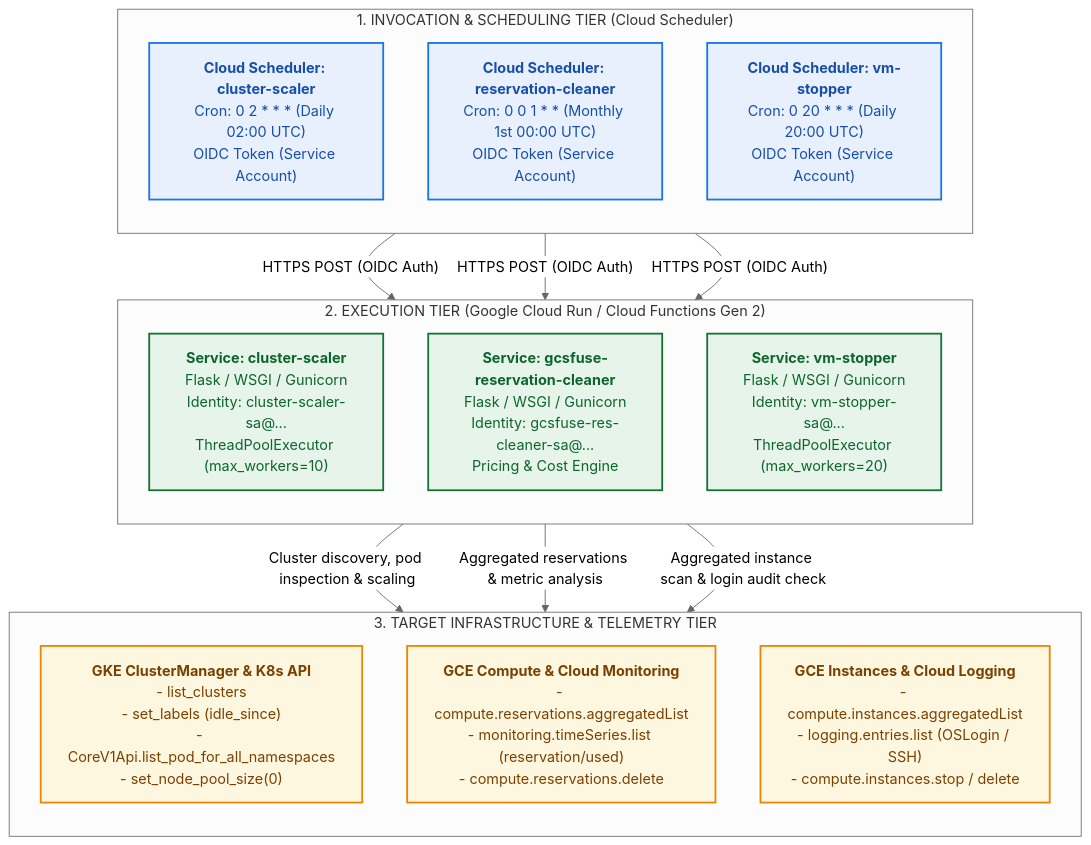
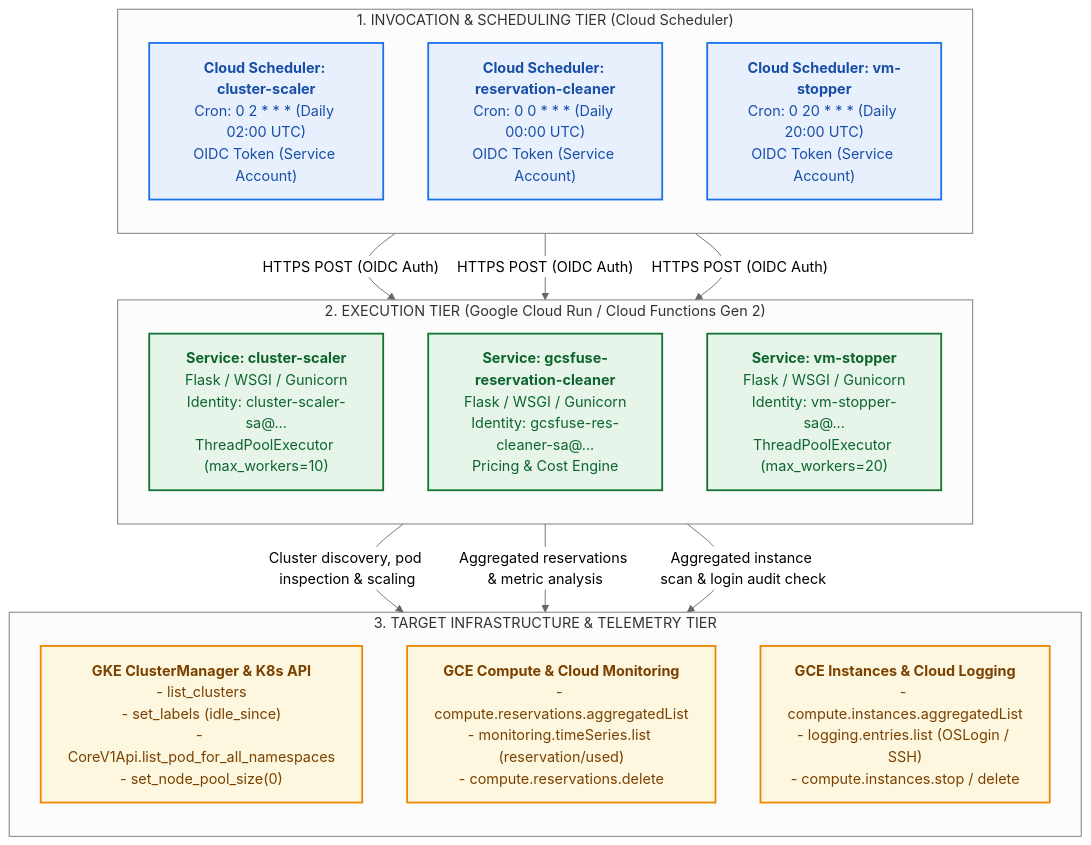
Before and after one commit to GoogleCloudPlatform/gcsfuse-tools: the first of 2 diagrams in cloud-run-services/README.md, drawn with Mermaid (neutral theme). The commit also changed other lines of this file and 8 other files, not shown here.

First line of the commit message:
feat(reservation-cleaner): update default cron schedule to run daily (#200)

````diff
--- a/cloud-run-services/README.md
+++ b/cloud-run-services/README.md
@@ -54,35 +54,35 @@
 ```mermaid
 flowchart TD
     subgraph INVOCATION ["1. INVOCATION & SCHEDULING TIER (Cloud Scheduler)"]
         direction TB
         SCHED_CS["<b>Cloud Scheduler: cluster-scaler</b><br/>Cron: 0 2 * * * (Daily 02:00 UTC)<br/>OIDC Token (Service Account)"]:::schedStyle
-        SCHED_RC["<b>Cloud Scheduler: reservation-cleaner</b><br/>Cron: 0 0 1 * * (Monthly 1st 00:00 UTC)<br/>OIDC Token (Service Account)"]:::schedStyle
+        SCHED_RC["<b>Cloud Scheduler: reservation-cleaner</b><br/>Cron: 0 0 * * * (Daily 00:00 UTC)<br/>OIDC Token (Service Account)"]:::schedStyle
         SCHED_VM["<b>Cloud Scheduler: vm-stopper</b><br/>Cron: 0 20 * * * (Daily 20:00 UTC)<br/>OIDC Token (Service Account)"]:::schedStyle
     end
 
     subgraph EXECUTION ["2. EXECUTION TIER (Google Cloud Run / Cloud Functions Gen 2)"]
         direction TB
         CR_CS["<b>Service: cluster-scaler</b><br/>Flask / WSGI / Gunicorn<br/>Identity: cluster-scaler-sa@...<br/>ThreadPoolExecutor (max_workers=10)"]:::execStyle
         CR_RC["<b>Service: gcsfuse-reservation-cleaner</b><br/>Flask / WSGI / Gunicorn<br/>Identity: gcsfuse-res-cleaner-sa@...<br/>Pricing & Cost Engine"]:::execStyle
         CR_VM["<b>Service: vm-stopper</b><br/>Flask / WSGI / Gunicorn<br/>Identity: vm-stopper-sa@...<br/>ThreadPoolExecutor (max_workers=20)"]:::execStyle
     end
 
     subgraph TARGETS ["3. TARGET INFRASTRUCTURE & TELEMETRY TIER"]
         direction TB
         GKE_API["<b>GKE ClusterManager & K8s API</b><br/>- list_clusters<br/>- set_labels (idle_since)<br/>- CoreV1Api.list_pod_for_all_namespaces<br/>- set_node_pool_size(0)"]:::targetStyle
         GCE_RES["<b>GCE Compute & Cloud Monitoring</b><br/>- compute.reservations.aggregatedList<br/>- monitoring.timeSeries.list (reservation/used)<br/>- compute.reservations.delete"]:::targetStyle
         GCE_VM["<b>GCE Instances & Cloud Logging</b><br/>- compute.instances.aggregatedList<br/>- logging.entries.list (OSLogin / SSH)<br/>- compute.instances.stop / delete"]:::targetStyle
     end
 
     SCHED_CS -->|"HTTPS POST (OIDC Auth)"| CR_CS
     SCHED_RC -->|"HTTPS POST (OIDC Auth)"| CR_RC
     SCHED_VM -->|"HTTPS POST (OIDC Auth)"| CR_VM
 
     CR_CS -->|"Cluster discovery, pod inspection & scaling"| GKE_API
     CR_RC -->|"Aggregated reservations & metric analysis"| GCE_RES
     CR_VM -->|"Aggregated instance scan & login audit check"| GCE_VM
 
     classDef schedStyle fill:#e8f0fe,stroke:#1a73e8,stroke-width:2px,color:#174ea6;
     classDef execStyle fill:#e6f4ea,stroke:#137333,stroke-width:2px,color:#0d652d;
     classDef targetStyle fill:#fef7e0,stroke:#ea8600,stroke-width:2px,color:#7a4100;
 ```
````
